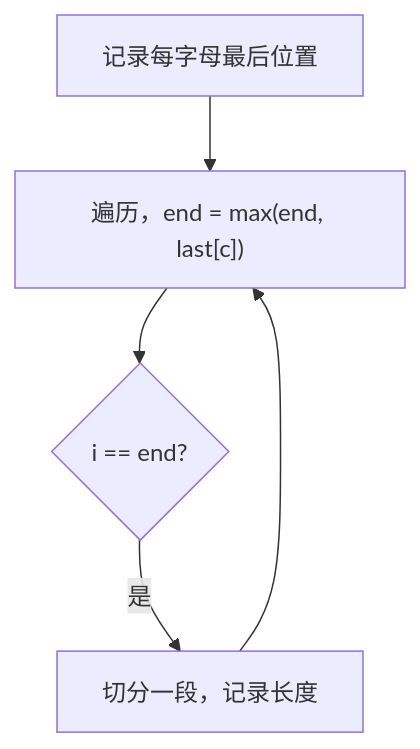
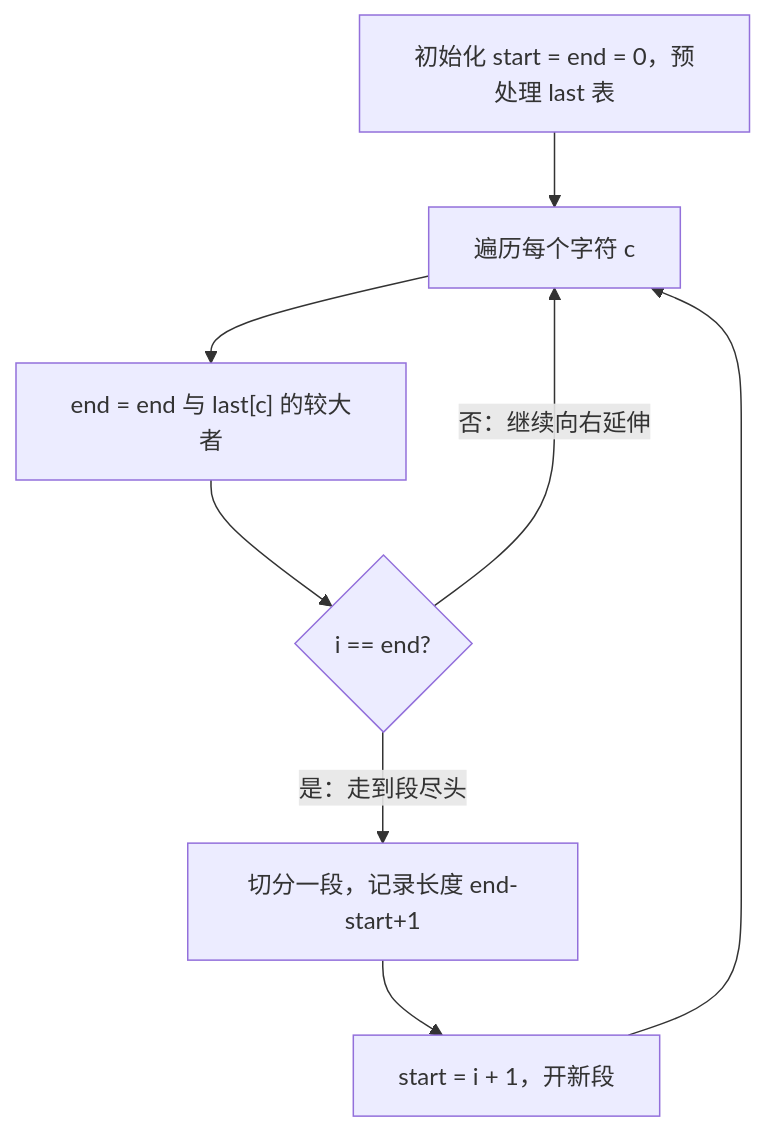
Before and after one commit to OctalZero/hot100-py: the first of 2 diagrams in 15-贪心/0763-划分字母区间.md, drawn with Mermaid. The commit also changed other lines of this file and 117 other files, not shown here.

First line of the commit message:
feat: 全题解配图升级为「动画式 mermaid」（总览骨架 + 横向时间线逐步推演）

````diff
--- a/15-贪心/0763-划分字母区间.md
+++ b/15-贪心/0763-划分字母区间.md
@@ -24,7 +24,10 @@
 ```mermaid
 flowchart TD
-    A["记录每字母最后位置"] --> B["遍历，end = max(end, last[c])"]
-    B --> C{"i == end?"}
-    C -- "是" --> D["切分一段，记录长度"]
-    D --> B
+    A["初始化 start = end = 0，预处理 last 表"] --> B["遍历每个字符 c"]
+    B --> C["end = end 与 last[c] 的较大者"]
+    C --> D{"i == end?"}
+    D -->|"否：继续向右延伸"| B
+    D -->|"是：走到段尽头"| E["切分一段，记录长度 end-start+1"]
+    E --> F["start = i + 1，开新段"]
+    F --> B
 ```
````
